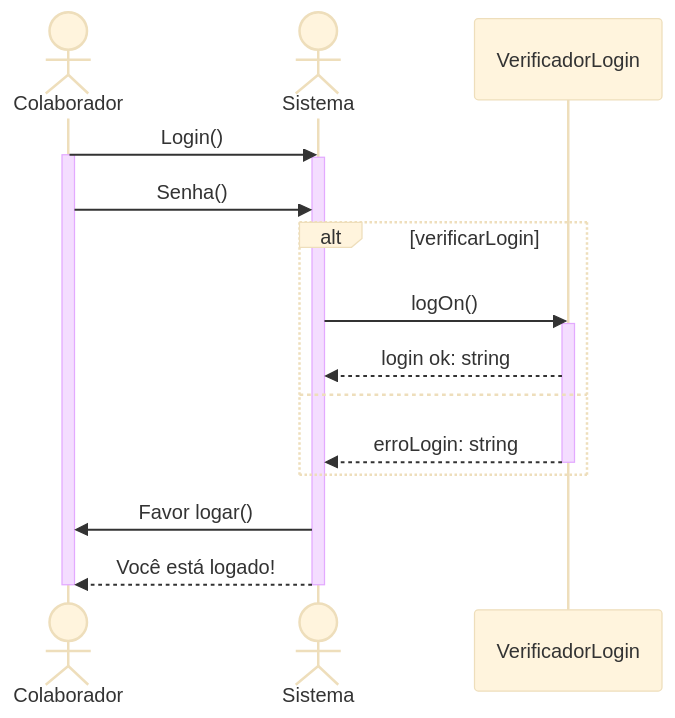
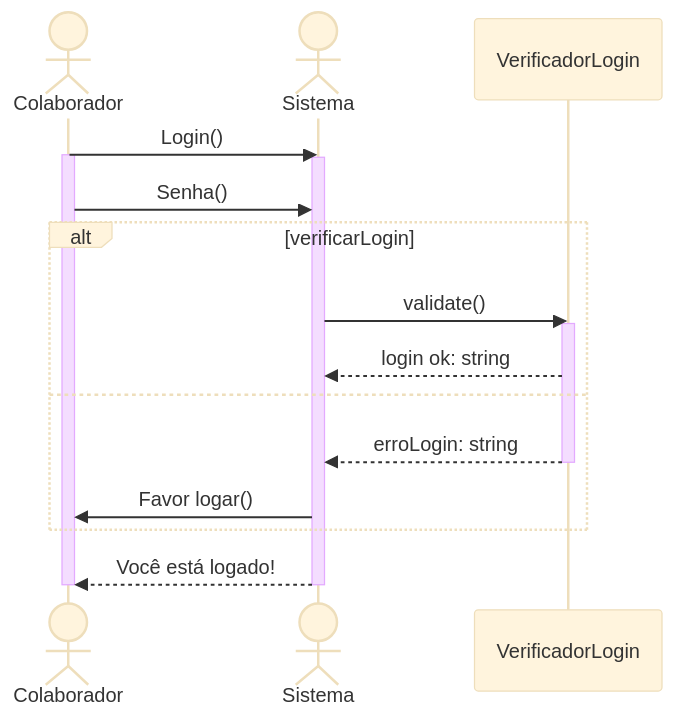
One commit to branqsMRP/SequenceDiagram changed the diagram in DiagramaSequencia/login.md. Above: the diagram before and after it, drawn with Mermaid (base theme). The commit also changed 4 other files, not shown here.

````diff
--- a/DiagramaSequencia/login.md
+++ b/DiagramaSequencia/login.md
@@ -1,27 +1,28 @@
 ```mermaid
 sequenceDiagram
     % diagrama da tela de Login
     actor Colaborador
     actor Sistema
     participant V as VerificadorLogin
 
     Colaborador->>Sistema: Login()
     activate Colaborador
     activate Sistema
     Colaborador->>Sistema: Senha() 
 
     alt verificarLogin
-        Sistema->>V: logOn()
+        Sistema->>V: validate()
         activate V
         V-->>Sistema: login ok: string
     else
         V-->>Sistema: erroLogin: string
         deactivate V
+        Sistema->>Colaborador: Favor logar()
     end
 
-    Sistema->>Colaborador: Favor logar()
+
     
     Sistema-->>Colaborador: Você está logado!
     deactivate Sistema
     deactivate Colaborador
 ```
````
